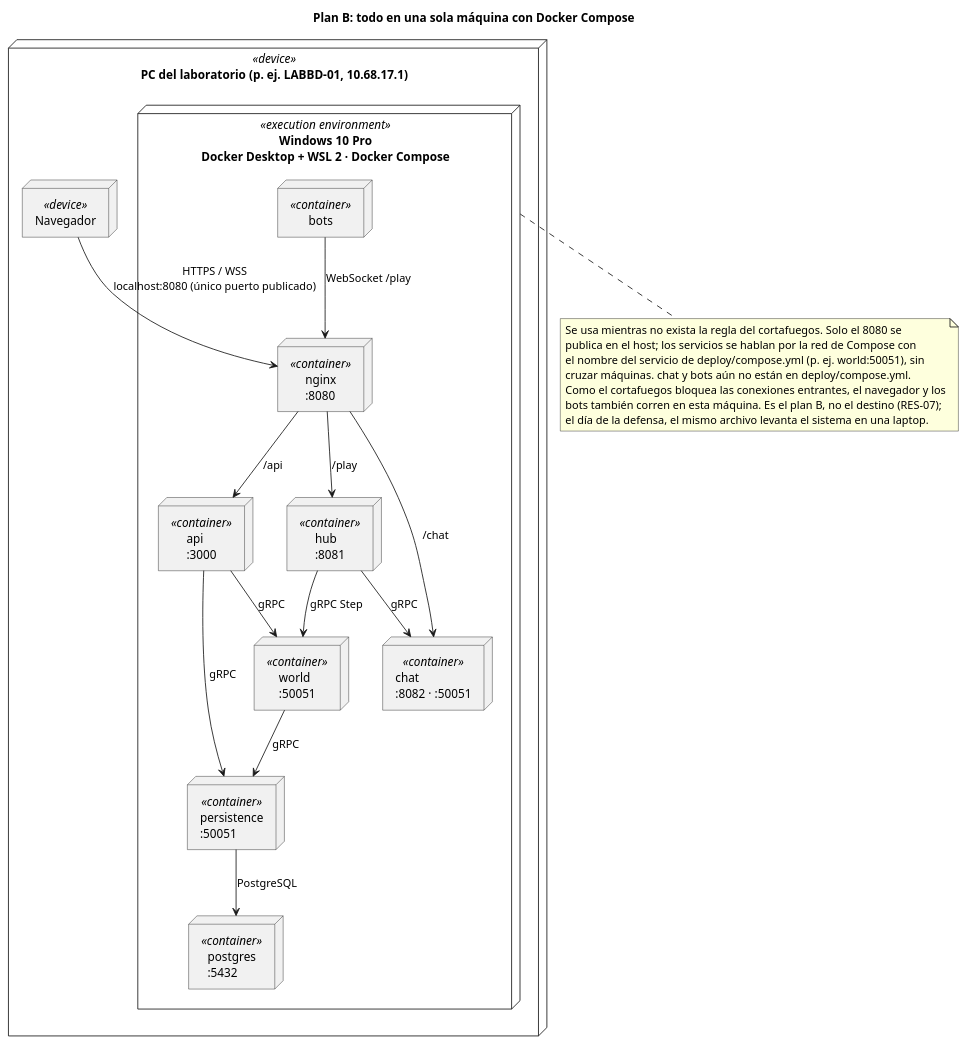
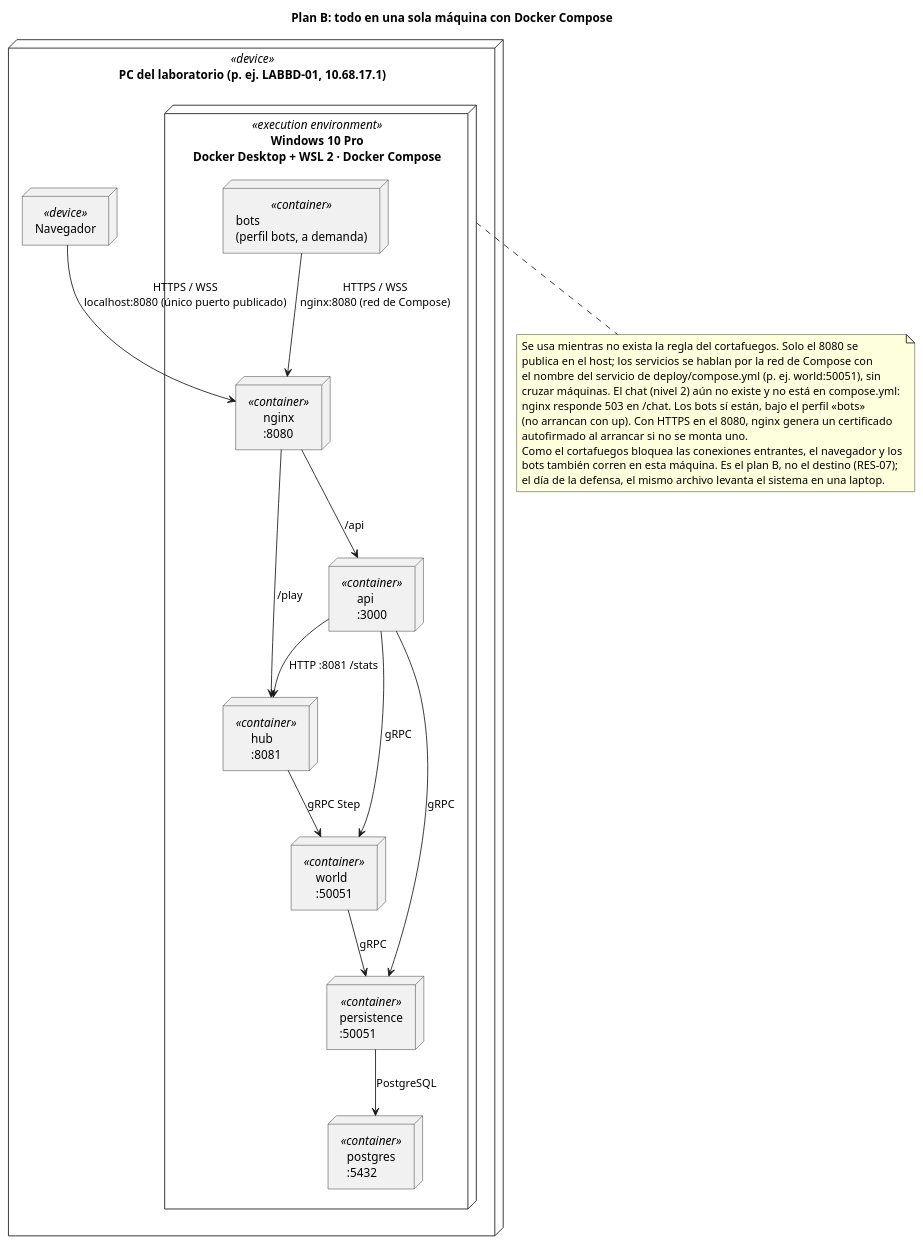
The second of 2 diagrams in docs/diagrams/08-despliegue.puml (iadev2005/hydrovalley), drawn with PlantUML before and after one commit. The commit also changed other lines of this file and 7 other files, not shown here.

Commit message:
docs(diagrams): bring diagrams in line with the code

```diff
--- a/docs/diagrams/08-despliegue.puml
+++ b/docs/diagrams/08-despliegue.puml
@@ -104,43 +110,44 @@
 @startuml 08-despliegue-plan-b
 title Plan B: todo en una sola máquina con Docker Compose
 top to bottom direction
 skinparam nodesep 40
 skinparam ranksep 60
 
 node "PC del laboratorio (p. ej. LABBD-01, 10.68.17.1)" as Pc <<device>> {
   node "Navegador" as BrowserB <<device>>
   node "Windows 10 Pro\nDocker Desktop + WSL 2 · Docker Compose" as Env <<execution environment>> {
     node "nginx\n:8080" as NginxB <<container>>
     node "api\n:3000" as ApiB <<container>>
     node "hub\n:8081" as HubB <<container>>
-    node "chat\n:8082 · :50051" as ChatB <<container>>
     node "world\n:50051" as WorldB <<container>>
     node "persistence\n:50051" as PersistenceB <<container>>
     node "postgres\n:5432" as PostgresB <<container>>
-    node "bots" as BotsB <<container>>
+    node "bots\n(perfil bots, a demanda)" as BotsB <<container>>
   }
 }
 
 BrowserB --> NginxB : HTTPS / WSS\nlocalhost:8080 (único puerto publicado)
-BotsB --> NginxB : WebSocket /play
+BotsB --> NginxB : HTTPS / WSS\nnginx:8080 (red de Compose)
 NginxB --> ApiB : /api
 NginxB --> HubB : /play
-NginxB --> ChatB : /chat
 HubB --> WorldB : gRPC Step
-HubB --> ChatB : gRPC
 ApiB --> WorldB : gRPC
+ApiB --> HubB : HTTP :8081 /stats
 ApiB --> PersistenceB : gRPC
 WorldB --> PersistenceB : gRPC
 PersistenceB --> PostgresB : PostgreSQL
 
 note bottom of Env
   Se usa mientras no exista la regla del cortafuegos. Solo el 8080 se
   publica en el host; los servicios se hablan por la red de Compose con
   el nombre del servicio de deploy/compose.yml (p. ej. world:50051), sin
-  cruzar máquinas. chat y bots aún no están en deploy/compose.yml.
+  cruzar máquinas. El chat (nivel 2) aún no existe y no está en compose.yml:
+  nginx responde 503 en /chat. Los bots sí están, bajo el perfil «bots»
+  (no arrancan con up). Con HTTPS en el 8080, nginx genera un certificado
+  autofirmado al arrancar si no se monta uno.
   Como el cortafuegos bloquea las conexiones entrantes, el navegador y los
   bots también corren en esta máquina. Es el plan B, no el destino (RES-07);
   el día de la defensa, el mismo archivo levanta el sistema en una laptop.
 end note
 
 @enduml
```
